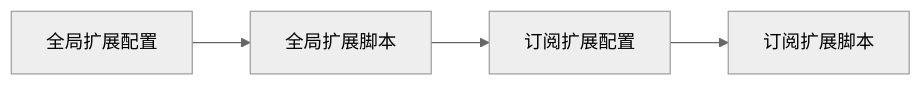
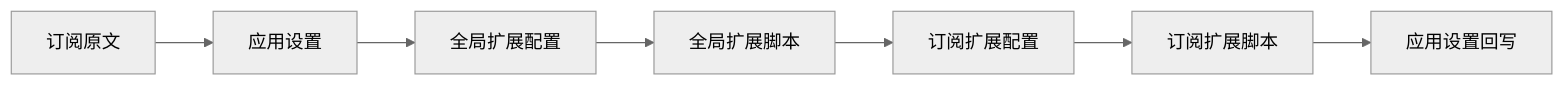
Before and after one commit to clash-verge-rev/clash-verge-rev.github.io: the diagram in docs/guide/extend.md, drawn with Mermaid (neutral theme). The commit also changed other lines of this file, not shown here.

````diff
--- a/docs/guide/extend.md
+++ b/docs/guide/extend.md
@@ -13,5 +13,5 @@
 ```mermaid
 flowchart LR
-  A["全局扩展配置"] --> B["全局扩展脚本"] --> C["订阅扩展配置"] --> D["订阅扩展脚本"]
+  S["订阅原文"] --> G["应用设置"] --> A["全局扩展配置"] --> B["全局扩展脚本"] --> C["订阅扩展配置"] --> D["订阅扩展脚本"] --> E["应用设置回写"]
 
 ```
````
